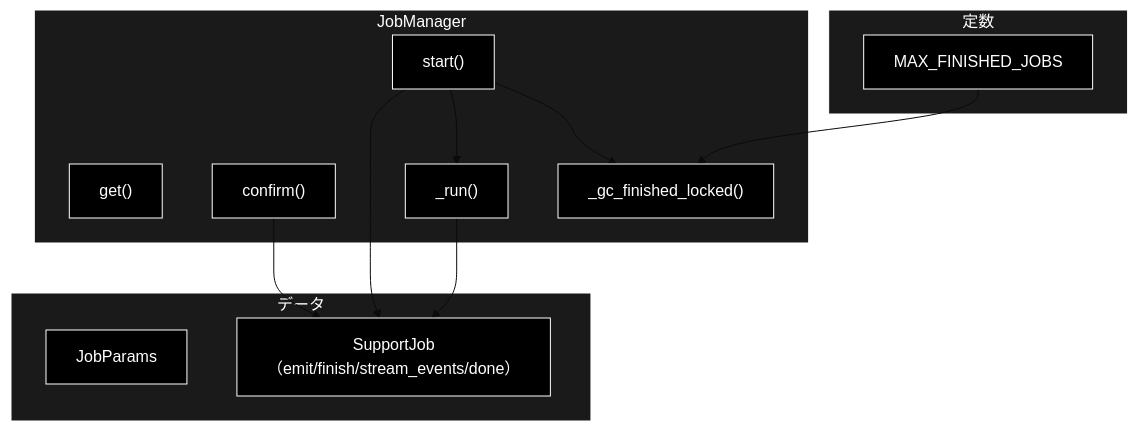
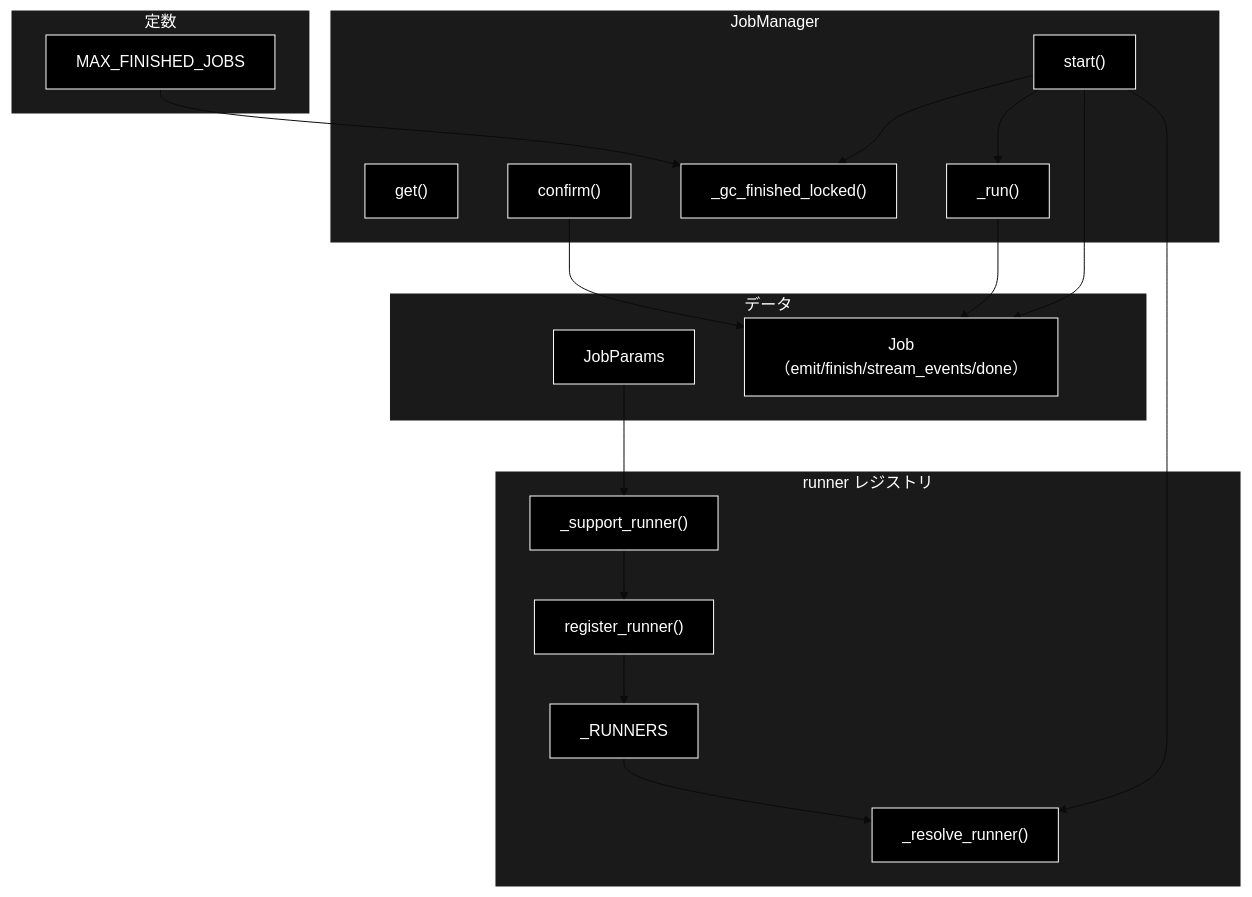
One commit to nakashima2toshio/grace_v2 changed the second of 3 diagrams in backend/docs/core_jobs.md. Above: the diagram before and after it, drawn with Mermaid (base theme). The commit also changed other lines of this file and 9 other files, not shown here.

````diff
--- a/backend/docs/core_jobs.md
+++ b/backend/docs/core_jobs.md
@@ -114,32 +147,45 @@
 ```mermaid
 flowchart TB
     subgraph CONST["定数"]
         MFJ["MAX_FINISHED_JOBS"]
     end
 
     subgraph DATA["データ"]
         JP["JobParams"]
-        SJ["SupportJob（emit/finish/stream_events/done）"]
+        JOB2["Job（emit/finish/stream_events/done）"]
+    end
+
+    subgraph REGISTRY["runner レジストリ"]
+        RUNNERS["_RUNNERS"]
+        REGF["register_runner()"]
+        RESOLVE["_resolve_runner()"]
+        SUPR["_support_runner()"]
     end
 
     subgraph MANAGER["JobManager"]
         ST["start()"]
         GET["get()"]
         CONF["confirm()"]
         RUN["_run()"]
         GC["_gc_finished_locked()"]
     end
 
-    ST --> SJ
+    REGF --> RUNNERS
+    RUNNERS --> RESOLVE
+    SUPR --> REGF
+    JP --> SUPR
+    ST --> RESOLVE
+    ST --> JOB2
     ST --> RUN
-    RUN --> SJ
-    CONF --> SJ
+    RUN --> JOB2
+    CONF --> JOB2
     MFJ --> GC
     ST --> GC
 classDef default fill:#000,stroke:#fff,color:#fff
 classDef subgraphStyle fill:#1a1a1a,stroke:#fff,color:#fff
-class MFJ,JP,SJ,ST,GET,CONF,RUN,GC default
+class MFJ,JP,JOB2,RUNNERS,REGF,RESOLVE,SUPR,ST,GET,CONF,RUN,GC default
 style CONST fill:#1a1a1a,stroke:#fff,color:#fff
 style DATA fill:#1a1a1a,stroke:#fff,color:#fff
+style REGISTRY fill:#1a1a1a,stroke:#fff,color:#fff
 style MANAGER fill:#1a1a1a,stroke:#fff,color:#fff
 ```
````
